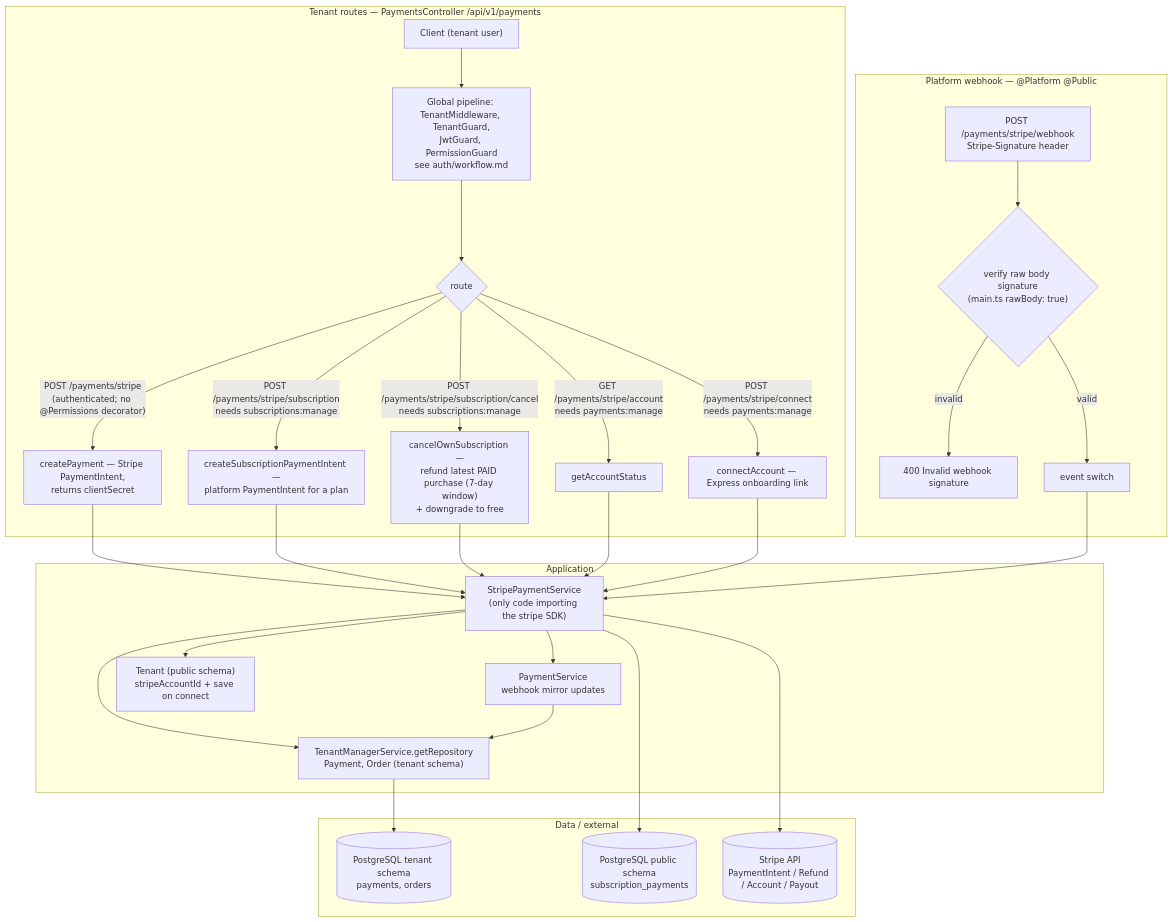
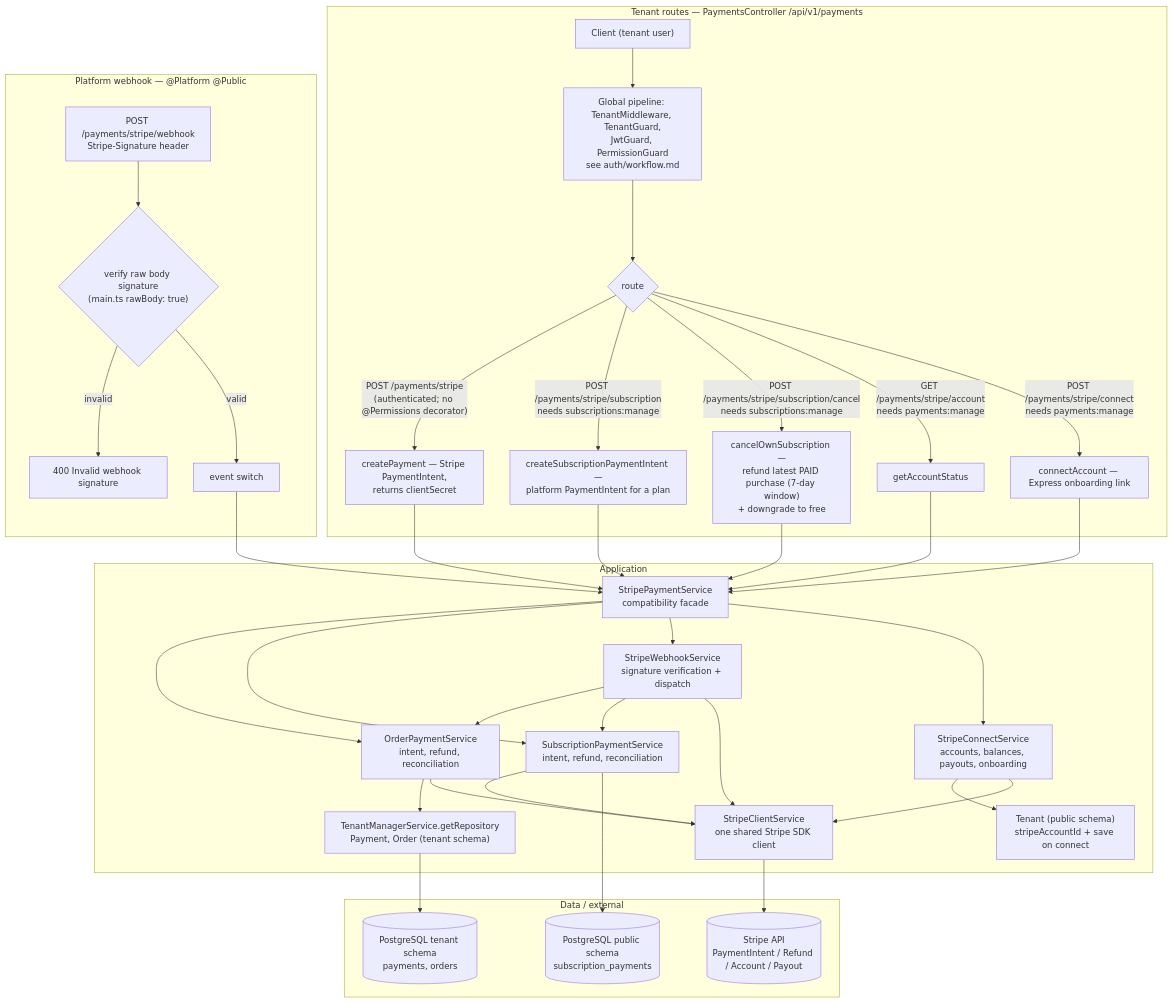
Before and after one commit to DevBassel/saas_commerce: the first of 4 diagrams in apps/api/src/modules/payments/workflow.md, drawn with Mermaid. The commit also changed other lines of this file and 21 other files, not shown here.

Commit message:
fix: refactor payment architecture

````diff
--- a/apps/api/src/modules/payments/workflow.md
+++ b/apps/api/src/modules/payments/workflow.md
@@ -1,37 +1,45 @@
 ```mermaid
 flowchart TD
     subgraph TENANT["Tenant routes — PaymentsController /api/v1/payments"]
         C["Client (tenant user)"] --> G["Global pipeline: TenantMiddleware, TenantGuard,<br/>JwtGuard, PermissionGuard<br/>see auth/workflow.md"]
         G --> RO{"route"}
         RO -->|"POST /payments/stripe<br/>(authenticated; no @Permissions decorator)"| CP["createPayment — Stripe PaymentIntent,<br/>returns clientSecret"]
         RO -->|"POST /payments/stripe/subscription<br/>needs subscriptions:manage"| CS["createSubscriptionPaymentIntent —<br/>platform PaymentIntent for a plan"]
         RO -->|"POST /payments/stripe/subscription/cancel<br/>needs subscriptions:manage"| CX["cancelOwnSubscription —<br/>refund latest PAID purchase (7-day window)<br/>+ downgrade to free"]
         RO -->|"GET /payments/stripe/account<br/>needs payments:manage"| ACC["getAccountStatus"]
         RO -->|"POST /payments/stripe/connect<br/>needs payments:manage"| CON["connectAccount — Express onboarding link"]
     end
 
     subgraph HOOK["Platform webhook — @Platform @Public"]
         WH["POST /payments/stripe/webhook<br/>Stripe-Signature header"] --> V{"verify raw body signature<br/>(main.ts rawBody: true)"}
         V -->|"invalid"| VE["400 Invalid webhook signature"]
         V -->|"valid"| EV["event switch"]
     end
 
     subgraph APP["Application"]
-        CP --> SPS["StripePaymentService<br/>(only code importing the stripe SDK)"]
+        CP --> SPS["StripePaymentService<br/>compatibility facade"]
         CS --> SPS
         CX --> SPS
         ACC --> SPS
         CON --> SPS
         EV --> SPS
-        SPS --> PS["PaymentService<br/>webhook mirror updates"]
-        SPS --> TM["TenantManagerService.getRepository<br/>Payment, Order (tenant schema)"]
-        PS --> TM
-        SPS --> TEN["Tenant (public schema)<br/>stripeAccountId + save on connect"]
+        SPS --> OPS["OrderPaymentService<br/>intent, refund, reconciliation"]
+        SPS --> SUBS["SubscriptionPaymentService<br/>intent, refund, reconciliation"]
+        SPS --> WHS["StripeWebhookService<br/>signature verification + dispatch"]
+        SPS --> SCS["StripeConnectService<br/>accounts, balances, payouts, onboarding"]
+        WHS --> OPS
+        WHS --> SUBS
+        OPS --> TM["TenantManagerService.getRepository<br/>Payment, Order (tenant schema)"]
+        SCS --> TEN["Tenant (public schema)<br/>stripeAccountId + save on connect"]
+        OPS --> CLIENT["StripeClientService<br/>one shared Stripe SDK client"]
+        SUBS --> CLIENT
+        WHS --> CLIENT
+        SCS --> CLIENT
     end
 
     subgraph DATA["Data / external"]
         TM --> TDB[("PostgreSQL tenant schema<br/>payments, orders")]
-        SPS --> PDB[("PostgreSQL public schema<br/>subscription_payments")]
-        SPS --> STRIPE[("Stripe API<br/>PaymentIntent / Refund / Account / Payout")]
+        SUBS --> PDB[("PostgreSQL public schema<br/>subscription_payments")]
+        CLIENT --> STRIPE[("Stripe API<br/>PaymentIntent / Refund / Account / Payout")]
     end
 ```
````
